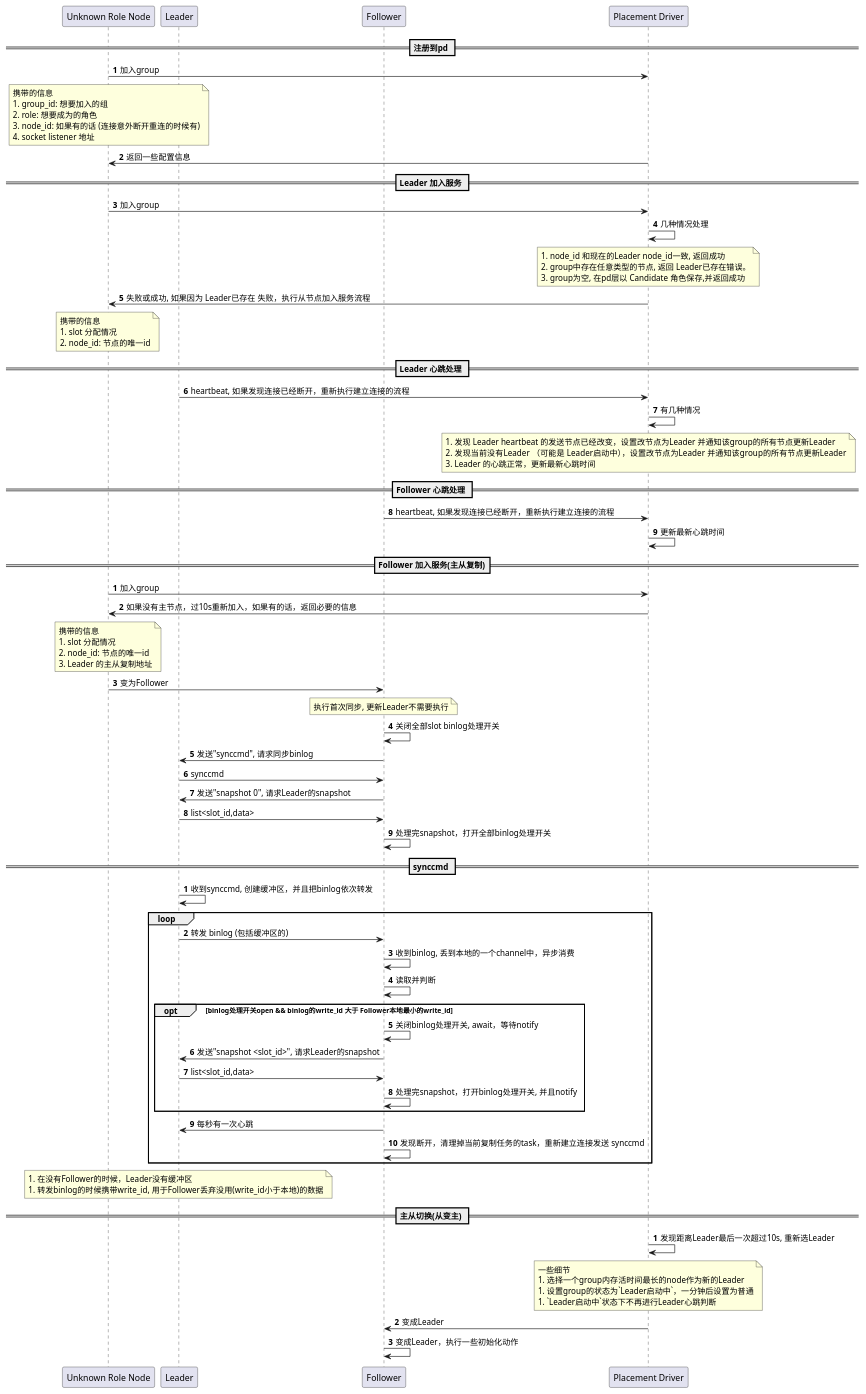
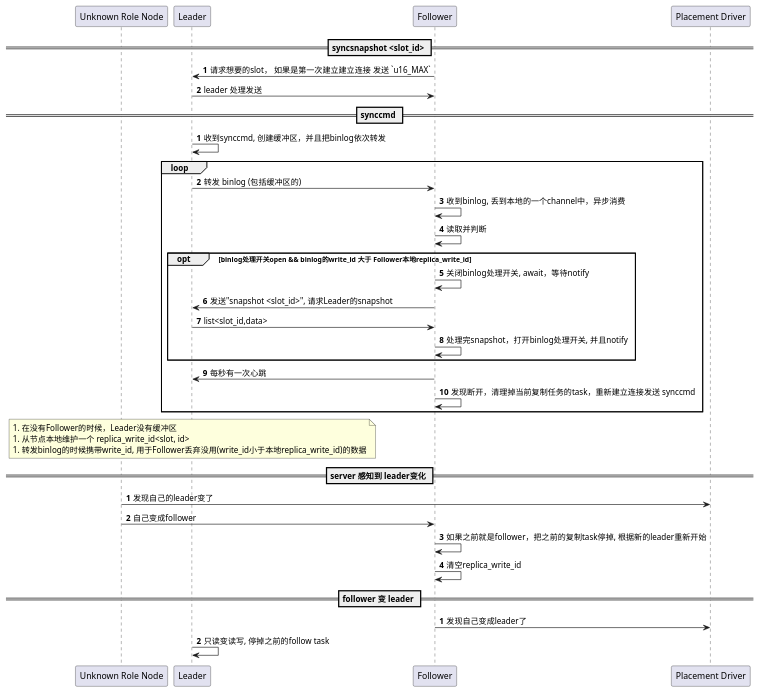
Before and after one commit to liangyongrui/rudis: the diagram in docs/design/replication.puml, drawn with PlantUML. The commit also changed 17 other files, not shown here.

Commit message:
replica leader

```diff
--- a/docs/design/replication.puml
+++ b/docs/design/replication.puml
@@ -1,103 +1,48 @@
 @startuml Followertion
 
 participant "Unknown Role Node" as urn
 participant "Leader" as l
 participant "Follower" as f
 participant "Placement Driver" as pd
 
-== 注册到pd ==
+== syncsnapshot <slot_id> ==
 autonumber
-urn -> pd: 加入group
-note over urn
-   携带的信息
-   1. group_id: 想要加入的组
-   2. role: 想要成为的角色
-   3. node_id: 如果有的话 (连接意外断开重连的时候有)
-   4. socket listener 地址
-end note
-pd -> urn: 返回一些配置信息
-
-== Leader 加入服务 ==
-urn -> pd: 加入group
-pd -> pd: 几种情况处理
-note over pd
-   1. node_id 和现在的Leader node_id一致, 返回成功
-   2. group中存在任意类型的节点, 返回 Leader已存在错误。
-   3. group为空, 在pd层以 Candidate 角色保存,并返回成功
-end note
-pd -> urn: 失败或成功, 如果因为 Leader已存在 失败，执行从节点加入服务流程
-note over urn
-   携带的信息
-   1. slot 分配情况
-   2. node_id: 节点的唯一id
-end note
-
-== Leader 心跳处理 ==
-l -> pd:  heartbeat, 如果发现连接已经断开，重新执行建立连接的流程
-pd -> pd: 有几种情况
-note over pd
-   1. 发现 Leader heartbeat 的发送节点已经改变，设置改节点为Leader 并通知该group的所有节点更新Leader
-   2. 发现当前没有Leader （可能是 Leader启动中），设置改节点为Leader 并通知该group的所有节点更新Leader
-   3. Leader 的心跳正常，更新最新心跳时间
-end note
-
-== Follower 心跳处理 ==
-f -> pd:  heartbeat, 如果发现连接已经断开，重新执行建立连接的流程
-pd -> pd: 更新最新心跳时间
-
-== Follower 加入服务(主从复制)==
-autonumber
-urn -> pd: 加入group
-pd -> urn: 如果没有主节点，过10s重新加入，如果有的话，返回必要的信息
-note over urn
-   携带的信息
-   1. slot 分配情况
-   2. node_id: 节点的唯一id
-   3. Leader 的主从复制地址
-end note
-urn -> f: 变为Follower
-note over f
-   执行首次同步, 更新Leader不需要执行
-end note
-f -> f: 关闭全部slot binlog处理开关
-f -> l: 发送"synccmd", 请求同步binlog
-l -> f: synccmd
-f -> l: 发送"snapshot 0", 请求Leader的snapshot
-l -> f: list<slot_id,data>
-f -> f: 处理完snapshot，打开全部binlog处理开关
+f -> l: 请求想要的slot， 如果是第一次建立建立连接 发送 `u16_MAX`
+l -> f: leader 处理发送
 
 == synccmd ==
 autonumber
 l -> l: 收到synccmd, 创建缓冲区，并且把binlog依次转发
 loop
    l -> f: 转发 binlog (包括缓冲区的)
    f -> f: 收到binlog, 丢到本地的一个channel中，异步消费
    f -> f: 读取并判断
-   opt binlog处理开关open && binlog的write_id 大于 Follower本地最小的write_id
+   opt binlog处理开关open && binlog的write_id 大于 Follower本地replica_write_id
       f -> f: 关闭binlog处理开关, await，等待notify
       f -> l: 发送"snapshot <slot_id>", 请求Leader的snapshot
       l -> f: list<slot_id,data>
       f -> f: 处理完snapshot，打开binlog处理开关, 并且notify
    end
    f -> l: 每秒有一次心跳
    f -> f: 发现断开，清理掉当前复制任务的task，重新建立连接发送 synccmd
 end
 
 note over l
    1. 在没有Follower的时候，Leader没有缓冲区
-   1. 转发binlog的时候携带write_id, 用于Follower丢弃没用(write_id小于本地)的数据
+   1. 从节点本地维护一个 replica_write_id<slot, id>
+   1. 转发binlog的时候携带write_id, 用于Follower丢弃没用(write_id小于本地replica_write_id)的数据
 end note
 
-== 主从切换(从变主) ==
+== server 感知到 leader变化 ==
 autonumber
-pd -> pd: 发现距离Leader最后一次超过10s, 重新选Leader
-note over pd
-   一些细节
-   1. 选择一个group内存活时间最长的node作为新的Leader
-   1. 设置group的状态为`Leader启动中`，一分钟后设置为普通
-   1. `Leader启动中`状态下不再进行Leader心跳判断
-end note
-pd -> f: 变成Leader
-f -> f:  变成Leader，执行一些初始化动作
+urn -> pd: 发现自己的leader变了
+urn -> f: 自己变成follower
+f -> f: 如果之前就是follower，把之前的复制task停掉, 根据新的leader重新开始
+f -> f: 清空replica_write_id
+
+== follower 变 leader ==
+autonumber
+f -> pd: 发现自己变成leader了
+l -> l: 只读变读写, 停掉之前的follow task
 
 @enduml
```
